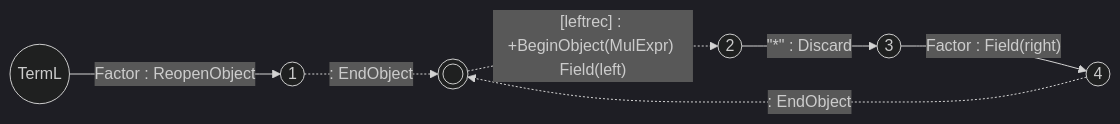
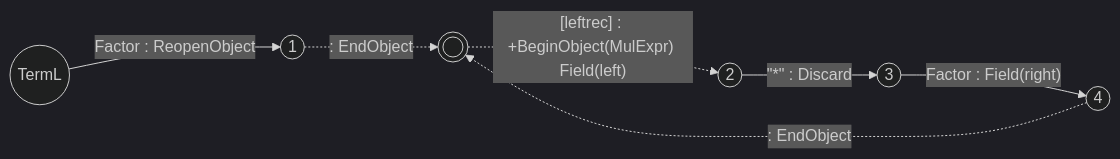
Before and after one commit to vczh-websites/vczh: the eighth of 9 diagrams in Blog/GLR-Refactoring/Mermaid.md, drawn with Mermaid (dark theme).

````diff
--- a/Blog/GLR-Refactoring/Mermaid.md
+++ b/Blog/GLR-Refactoring/Mermaid.md
@@ -95,9 +95,10 @@
 ```mermaid
 graph LR
   S((TermL))-- Factor : ReopenObject --> 1
   1((1))-. : EndObject .->E((( )))
   2((2))-- #quot;*#quot; : Discard -->3
   3((3))-- Factor : Field(right) --> 4
   4((4))-. : EndObject .->E
   E-. [leftrec] : +BeginObject(MulExpr) Field(left) .->2
+  S~~~2
 ```
````
